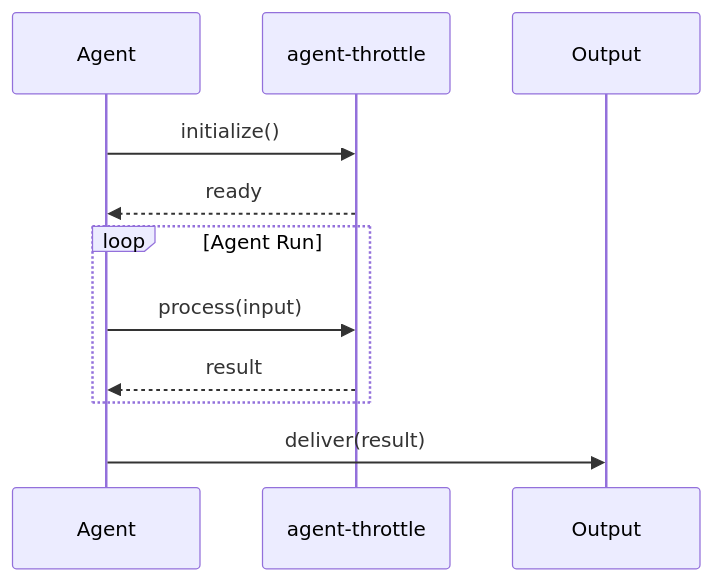
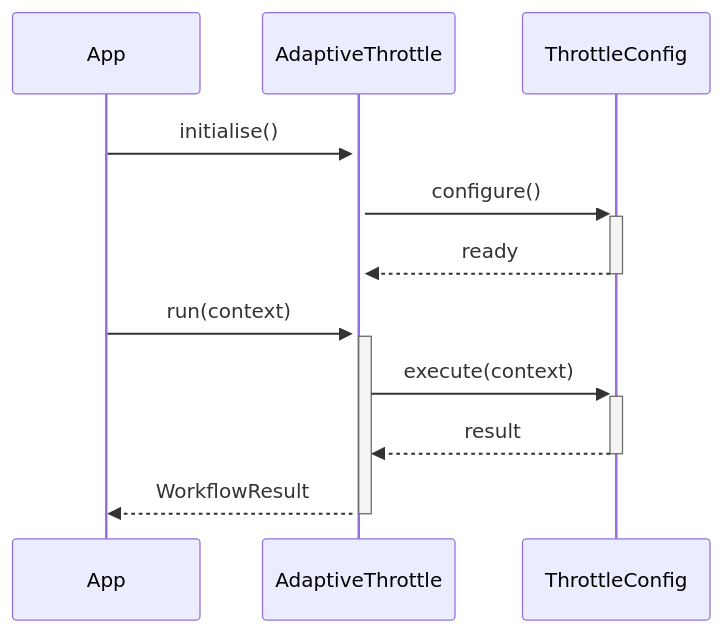
Before and after one commit to darshjme/sanyama: the second of 2 diagrams in README.md, drawn with Mermaid. The commit also changed other lines of this file and 1 other file, not shown here.

````diff
--- a/README.md
+++ b/README.md
@@ -72,16 +92,14 @@
 ```mermaid
 sequenceDiagram
-    participant Agent
-    participant AgentThrottle as agent-throttle
-    participant Output
+    participant App
+    participant AdaptiveThrottle
+    participant ThrottleConfig
 
-    Agent->>AgentThrottle: initialize()
-    AgentThrottle-->>Agent: ready
-
-    loop Agent Run
-        Agent->>AgentThrottle: process(input)
-        AgentThrottle-->>Agent: result
-    end
-
-    Agent->>Output: deliver(result)
+    App->>+AdaptiveThrottle: initialise()
+    AdaptiveThrottle->>+ThrottleConfig: configure()
+    ThrottleConfig-->>-AdaptiveThrottle: ready
+    App->>+AdaptiveThrottle: run(context)
+    AdaptiveThrottle->>+ThrottleConfig: execute(context)
+    ThrottleConfig-->>-AdaptiveThrottle: result
+    AdaptiveThrottle-->>-App: WorkflowResult
 ```
````
